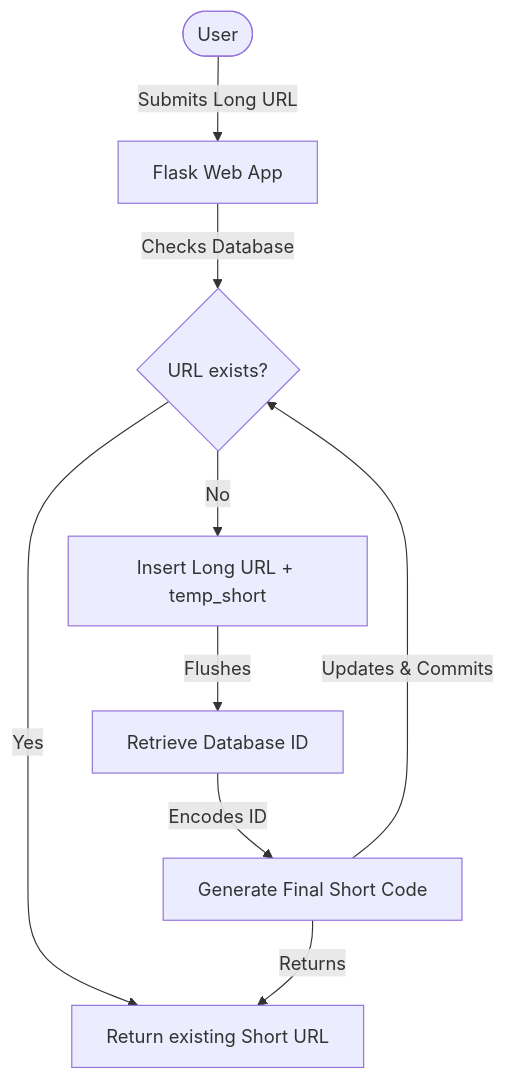
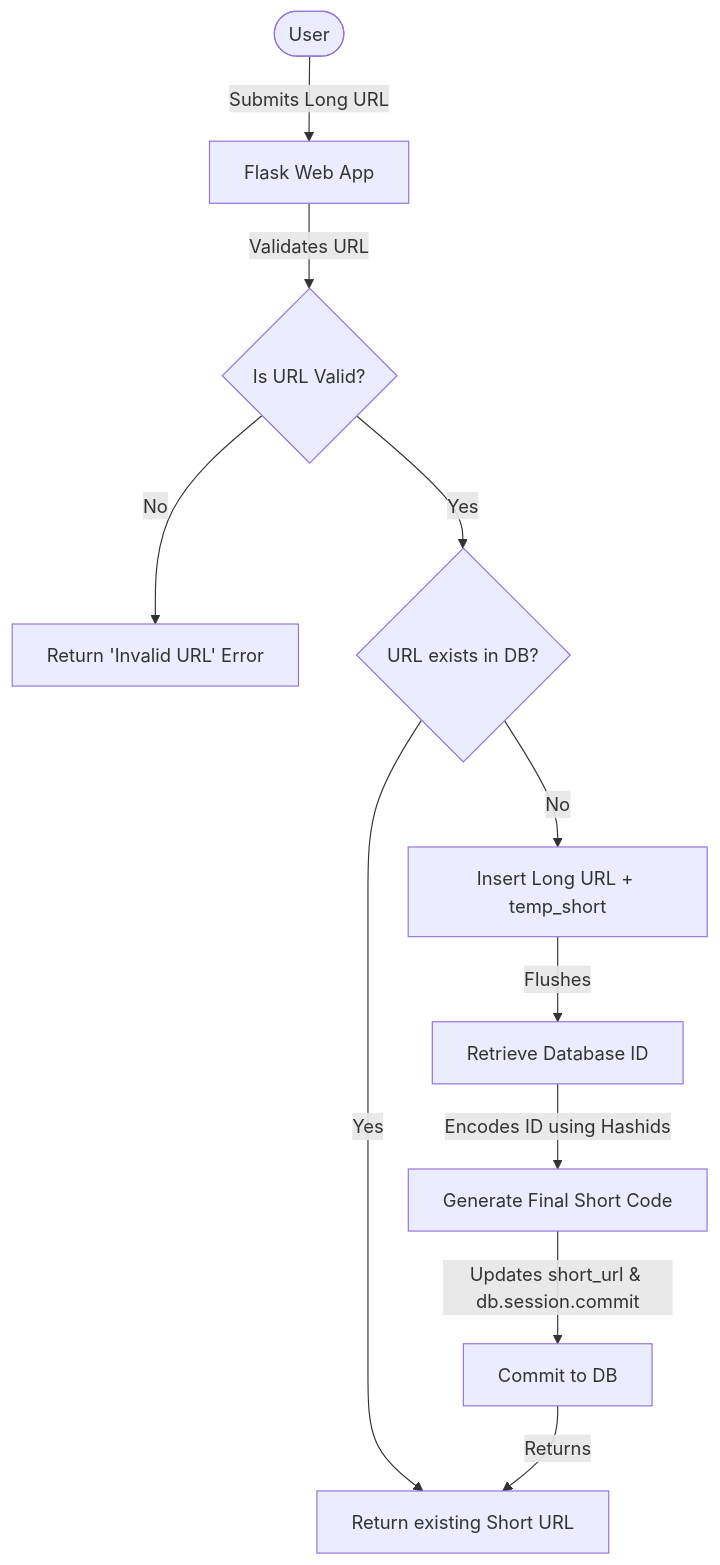
The first of 2 diagrams in README.md (ci-sumi/NanoURL), drawn with Mermaid before and after one commit. The commit also changed other lines of this file, not shown here.

Commit message:
docs: update workflow diagram and database schema details in README

````diff
--- a/README.md
+++ b/README.md
@@ -47,11 +47,13 @@
 ```mermaid
 graph TD
     User([User]) -->|Submits Long URL| Web[Flask Web App]
-    Web -->|Checks Database| DB{URL exists?}
+    Web -->|Validates URL| Valid{Is URL Valid?}
+    Valid -->|No| Error[Return 'Invalid URL' Error]
+    Valid -->|Yes| DB{URL exists in DB?}
     DB -->|Yes| Return[Return existing Short URL]
     DB -->|No| Insert[Insert Long URL + temp_short]
     Insert -->|Flushes| GetID[Retrieve Database ID]
-    GetID -->|Encodes ID| Hashids[Generate Final Short Code]
-    Hashids -->|Updates & Commits| DB
-    Hashids -->|Returns| Return
+    GetID -->|Encodes ID using Hashids| Hashids[Generate Final Short Code]
+    Hashids -->|Updates short_url & db.session.commit| Commit[Commit to DB]
+    Commit -->|Returns| Return
 ```
````
